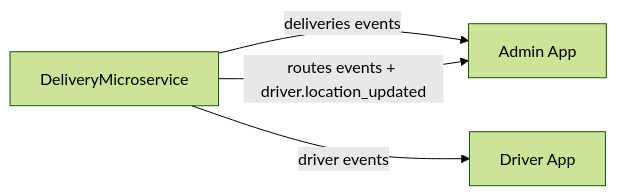
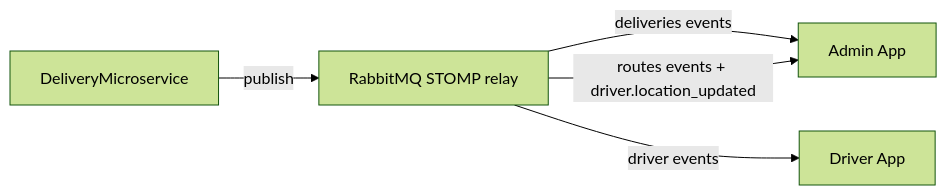
The fourth of 7 diagrams in docs/01-global-architecture.md (Moaziz667/asm-track), drawn with Mermaid (forest theme) before and after one commit. The commit also changed other lines of this file and 27 other files, not shown here.

````diff
--- a/docs/01-global-architecture.md
+++ b/docs/01-global-architecture.md
@@ -88,6 +88,7 @@
 ```mermaid
 flowchart LR
-    DL[DeliveryMicroservice] -->|deliveries events| ADM[Admin App]
-    DL -->|routes events + driver.location_updated| ADM
-    DL -->|driver events| DAPP[Driver App]
+    DL[DeliveryMicroservice] -->|publish| RMQ[RabbitMQ STOMP relay]
+    RMQ -->|deliveries events| ADM[Admin App]
+    RMQ -->|routes events + driver.location_updated| ADM
+    RMQ -->|driver events| DAPP[Driver App]
 ```
````
